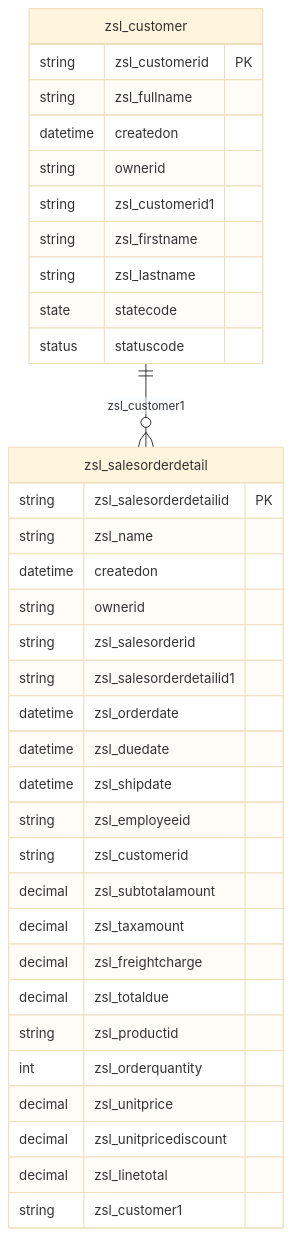
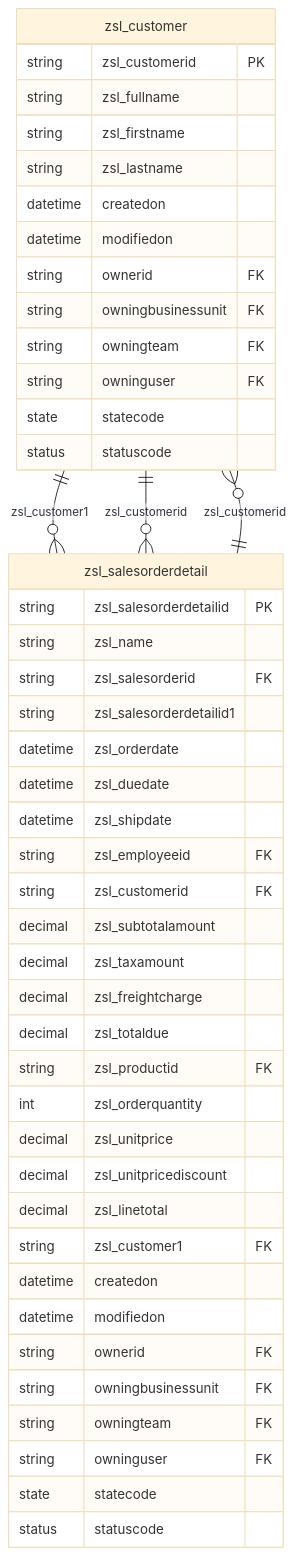
One commit to DeltaSoul/bizz-summit-2026-alm-ai-demo changed the first of 2 diagrams in src/solutions/TestSolution1/TECHNICAL_SPEC.md. Above: the diagram before and after it, drawn with Mermaid (base theme). The commit also changed other lines of this file and 1 other file, not shown here.

````diff
--- a/src/solutions/TestSolution1/TECHNICAL_SPEC.md
+++ b/src/solutions/TestSolution1/TECHNICAL_SPEC.md
@@ -17,40 +24,51 @@
 ```mermaid
 erDiagram
   zsl_customer {
     string zsl_customerid PK
     string zsl_fullname
-    datetime createdon
-    string ownerid
-    string zsl_customerid1
     string zsl_firstname
     string zsl_lastname
+    datetime createdon
+    datetime modifiedon
+    string ownerid FK
+    string owningbusinessunit FK
+    string owningteam FK
+    string owninguser FK
     state statecode
     status statuscode
   }
 
   zsl_salesorderdetail {
     string zsl_salesorderdetailid PK
     string zsl_name
-    datetime createdon
-    string ownerid
-    string zsl_salesorderid
+    string zsl_salesorderid FK
     string zsl_salesorderdetailid1
     datetime zsl_orderdate
     datetime zsl_duedate
     datetime zsl_shipdate
-    string zsl_employeeid
-    string zsl_customerid
+    string zsl_employeeid FK
+    string zsl_customerid FK
     decimal zsl_subtotalamount
     decimal zsl_taxamount
     decimal zsl_freightcharge
     decimal zsl_totaldue
-    string zsl_productid
+    string zsl_productid FK
     int zsl_orderquantity
     decimal zsl_unitprice
     decimal zsl_unitpricediscount
     decimal zsl_linetotal
-    string zsl_customer1
+    string zsl_customer1 FK
+    datetime createdon
+    datetime modifiedon
+    string ownerid FK
+    string owningbusinessunit FK
+    string owningteam FK
+    string owninguser FK
+    state statecode
+    status statuscode
   }
 
   zsl_customer ||--o{ zsl_salesorderdetail : "zsl_customer1"
+  zsl_customer ||--o{ zsl_salesorderdetail : "zsl_customerid"
+  zsl_salesorderdetail ||--o{ zsl_customer : "zsl_customerid"
 ```
````
